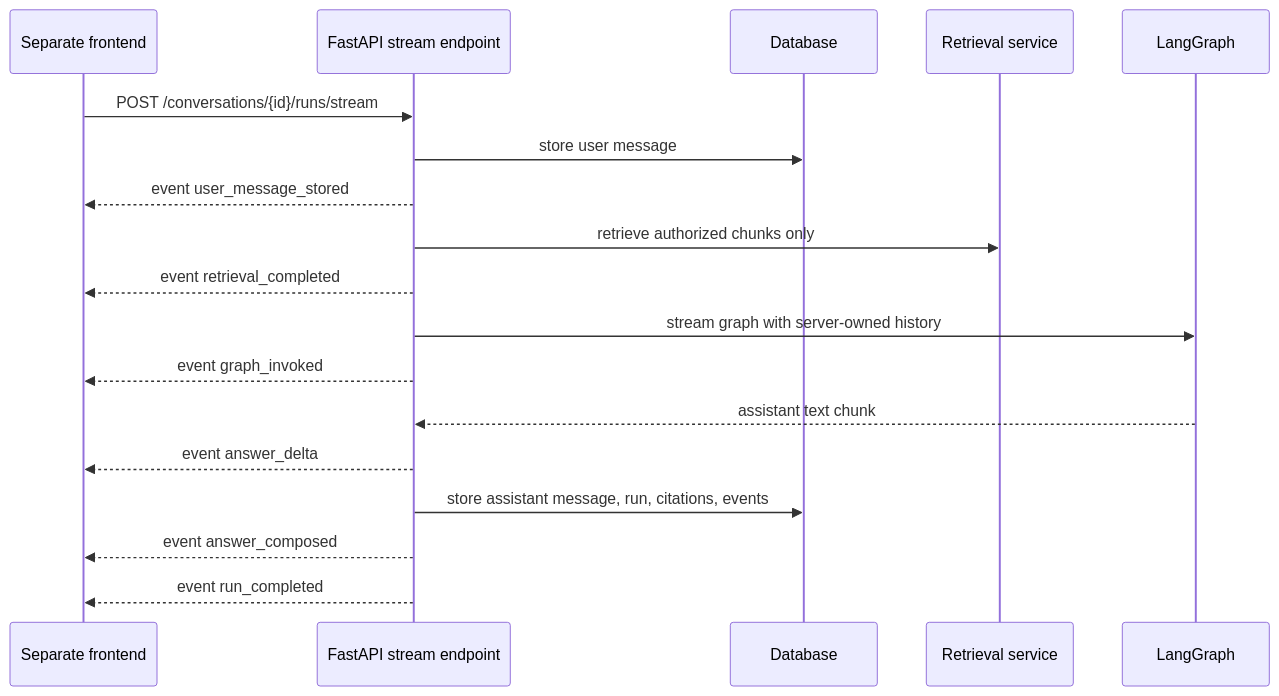
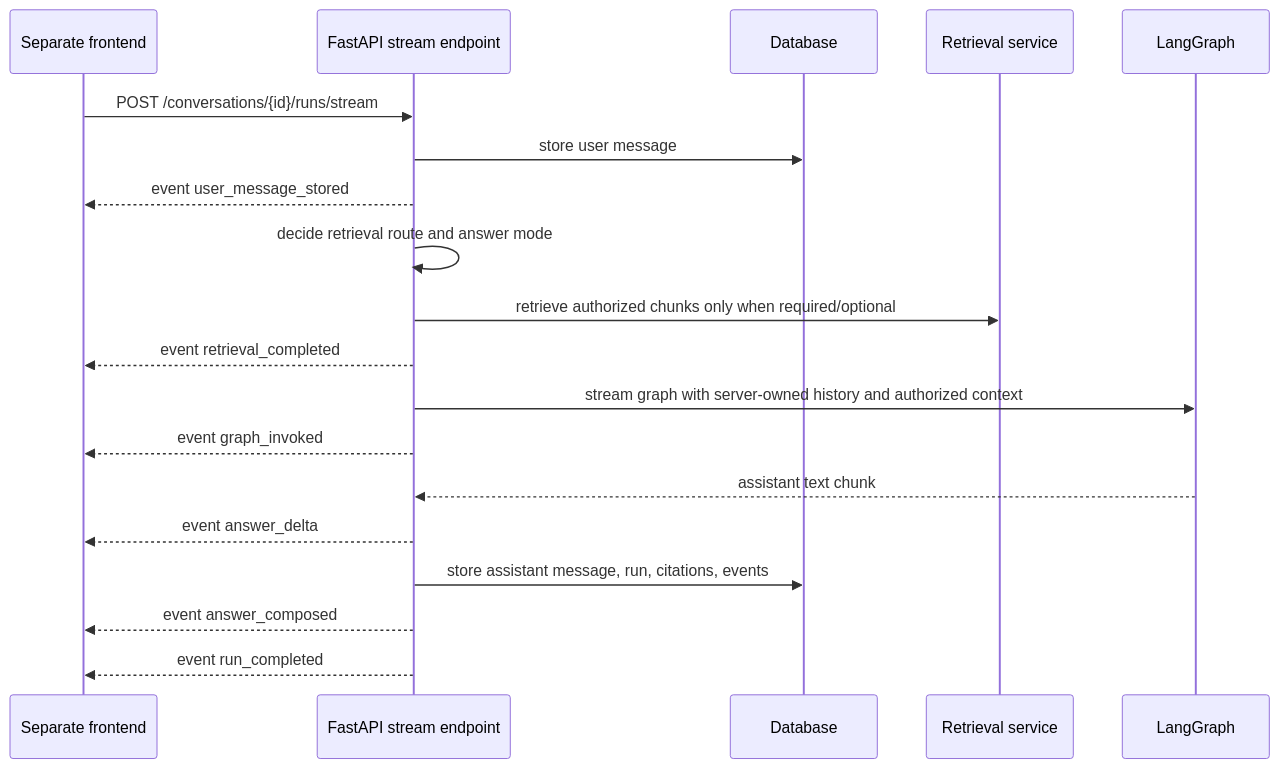
Before and after one commit to heecheon92/my-agents: the diagram in docs/portfolio-chat-service/09-http-streaming-frontend-contract.md, drawn with Mermaid. The commit also changed other lines of this file and 25 other files, not shown here.

First line of the commit message:
Route retrieval before assistant graph replies

````diff
--- a/docs/portfolio-chat-service/09-http-streaming-frontend-contract.md
+++ b/docs/portfolio-chat-service/09-http-streaming-frontend-contract.md
@@ -41,21 +41,22 @@
 ```mermaid
 sequenceDiagram
     participant UI as Separate frontend
     participant API as FastAPI stream endpoint
     participant DB as Database
     participant R as Retrieval service
     participant G as LangGraph
 
     UI->>API: POST /conversations/{id}/runs/stream
     API->>DB: store user message
     API-->>UI: event user_message_stored
-    API->>R: retrieve authorized chunks only
+    API->>API: decide retrieval route and answer mode
+    API->>R: retrieve authorized chunks only when required/optional
     API-->>UI: event retrieval_completed
-    API->>G: stream graph with server-owned history
+    API->>G: stream graph with server-owned history and authorized context
     API-->>UI: event graph_invoked
     G-->>API: assistant text chunk
     API-->>UI: event answer_delta
     API->>DB: store assistant message, run, citations, events
     API-->>UI: event answer_composed
     API-->>UI: event run_completed
 ```
````
